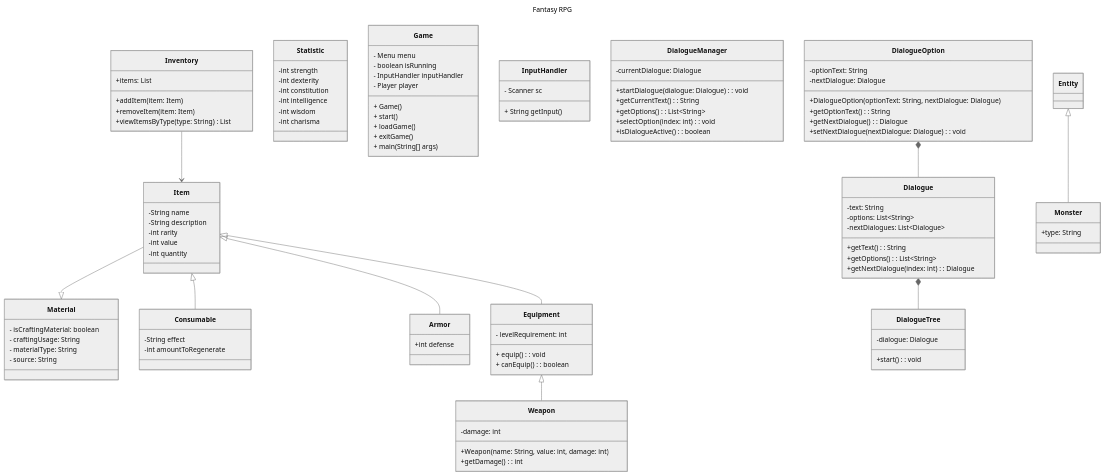
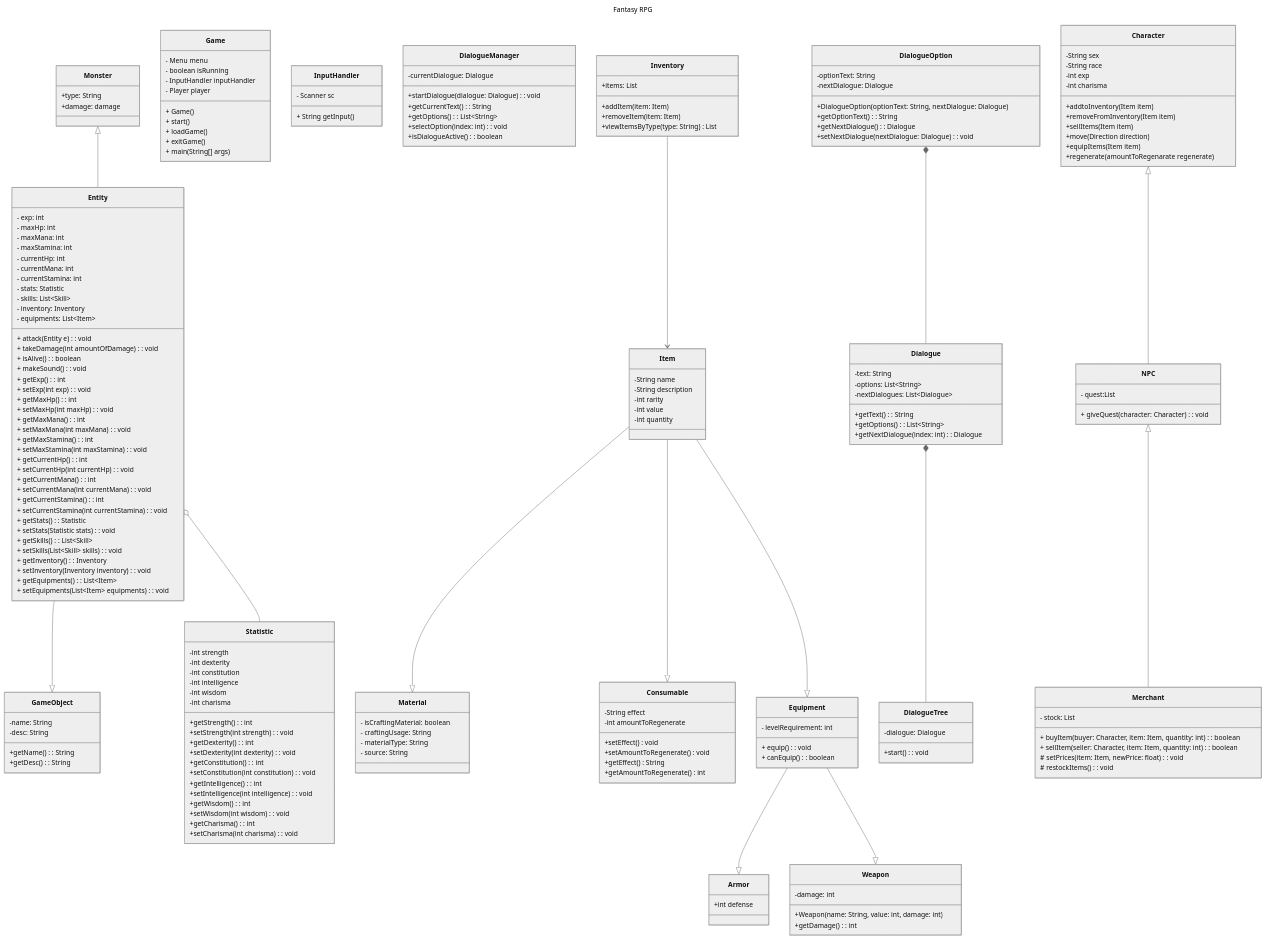
Before and after one commit to pacalso-jjc/2425-2nd-cc3-1b-rpg: the diagram in wiki/Class-Diagram.md, drawn with Mermaid (neutral theme).

Commit message:
mmonster diagram

````diff
--- a/wiki/Class-Diagram.md
+++ b/wiki/Class-Diagram.md
@@ -3,6 +3,46 @@
 title: Fantasy RPG
 ---
 classDiagram
+   Entity --|> GameObject
+   class Entity{
+      - exp: int
+      - maxHp: int
+      - maxMana: int
+      - maxStamina: int
+      - currentHp: int
+      - currentMana: int
+      - currentStamina: int
+      - stats: Statistic
+      - skills: List~Skill~
+      - inventory: Inventory
+      - equipments: List~Item~
+      + attack(Entity e): void
+      + takeDamage(int amountOfDamage): void
+      + isAlive (): boolean
+      + makeSound(): void
+      + getExp() : int
+      + setExp(int exp): void
+      + getMaxHp(): int
+      + setMaxHp(int maxHp): void
+      + getMaxMana(): int
+      + setMaxMana(int maxMana): void
+      + getMaxStamina(): int
+      + setMaxStamina(int maxStamina): void
+      + getCurrentHp(): int
+      + setCurrentHp(int currentHp): void
+      + getCurrentMana(): int
+      + setCurrentMana(int currentMana): void
+      + getCurrentStamina(): int
+      + setCurrentStamina(int currentStamina): void
+      + getStats(): Statistic
+      + setStats(Statistic stats): void
+      + getSkills(): List~Skill~
+      + setSkills(List~Skill~ skills): void
+      + getInventory(): Inventory
+      + setInventory(Inventory inventory): void
+      + getEquipments(): List~Item~
+      + setEquipments(List~Item~ equipments): void
+    }
 
     Item --|> Material
     Inventory --> Item 
@@ -11,7 +51,6 @@
         - craftingUsage: String
         - materialType: String
         - source: String
-
     }
 
     class Item {
@@ -22,22 +61,39 @@
         -int quantity   
     }
     
+    Entity o-- Statistic
     class Statistic{
- 	-int strength
+	-int strength
 	-int dexterity
 	-int constitution
 	-int intelligence
 	-int wisdom
 	-int charisma
-    }
+        +getStrength(): int
+        +setStrength(int strength): void
+        +getDexterity(): int
+        +setDexterity(int dexterity): void
+        +getConstitution(): int
+        +setConstitution(int constitution): void
+        +getIntelligence(): int
+        +setIntelligence(int intelligence): void
+        +getWisdom(): int
+        +setWisdom(int wisdom): void
+        +getCharisma(): int
+        +setCharisma(int charisma): void
+  }
 
-    Item <|-- Consumable
+    Item --|> Consumable
     class Consumable {
         -String effect
         -int amountToRegenerate 
+        +setEffect() void
+        +setAmountToRegenerate() void
+        +getEffect() String
+        +getAmountToRegenerate() int
     }
 
-    Item <|-- Armor
+    Equipment --|> Armor
     class Armor {
         +int defense
     }
@@ -84,6 +140,19 @@
         +getNextDialogue(index: int): Dialogue
     }
 
+    class Character{
+     -String sex
+     -String race
+     -int exp
+     -int charisma
+     +addtoInventory(Item item)
+     +removeFromInventory(Item item)
+     +sellItems(Item item)
+     +move(Direction direction)
+     +equipItems(Item item)
+     +regenerate(amountToRegenarate regenerate)
+    }
+
     class DialogueOption {
         -optionText: String
         -nextDialogue: Dialogue
@@ -93,14 +162,14 @@
         +setNextDialogue(nextDialogue: Dialogue): void
     }
 
-    Equipment <|-- Weapon
+    Equipment --|> Weapon
     class Weapon {
         -damage: int
         +Weapon(name: String, value: int, damage: int)
         +getDamage(): int
     }
     
-    Item <|-- Equipment
+    Item --|> Equipment
     class Equipment {
         - levelRequirement: int
         + equip(): void
@@ -114,9 +183,34 @@
         +viewItemsByType(type: String) List
     }
 
-    Entity <|-- Monster
+    NPC <|-- Merchant
+    class Merchant {
+        - stock: List<Item>
+        + buyItem(buyer: Character, item: Item, quantity: int): boolean
+        + sellItem(seller: Character, item: Item, quantity: int): boolean
+        # setPrices(item: Item, newPrice: float): void
+        # restockItems(): void
+    }
+    
+    class GameObject{
+        -name: String
+        -desc: String
+        +getName(): String
+        +getDesc(): String
+    }
+    
+    Character <|-- NPC
+    class NPC{
+        - quest:List<Quest>
+        + giveQuest(character: Character) : void
+    }
+
+    Monster <|-- Entity
     class Monster {
         +type: String
+        +damage: damage
     }
 
+
+
 ```
````
